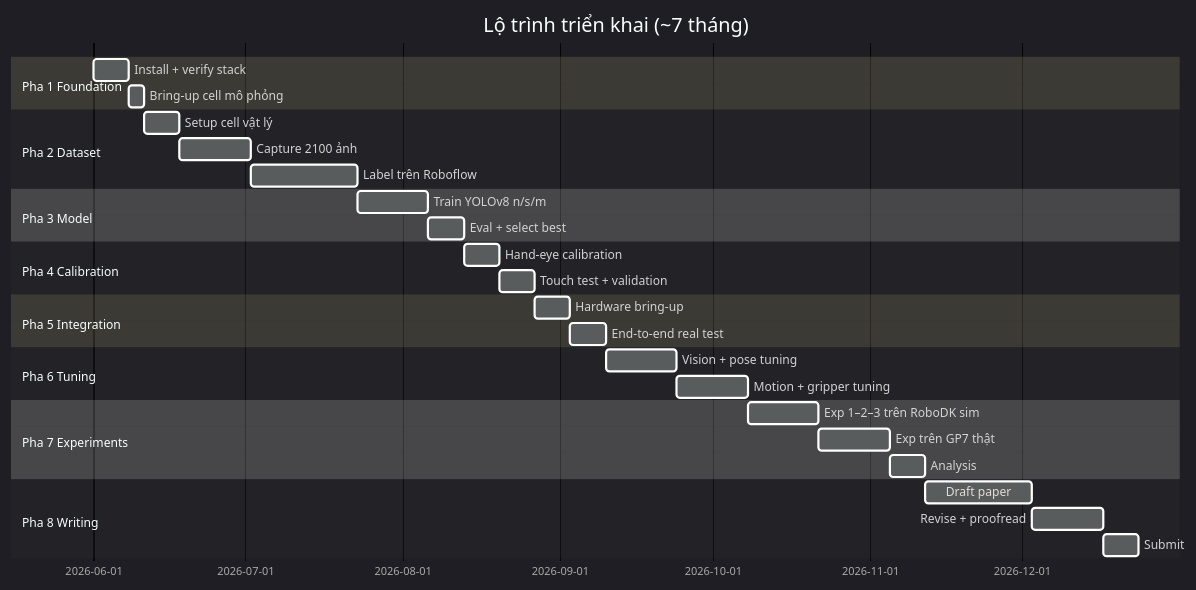
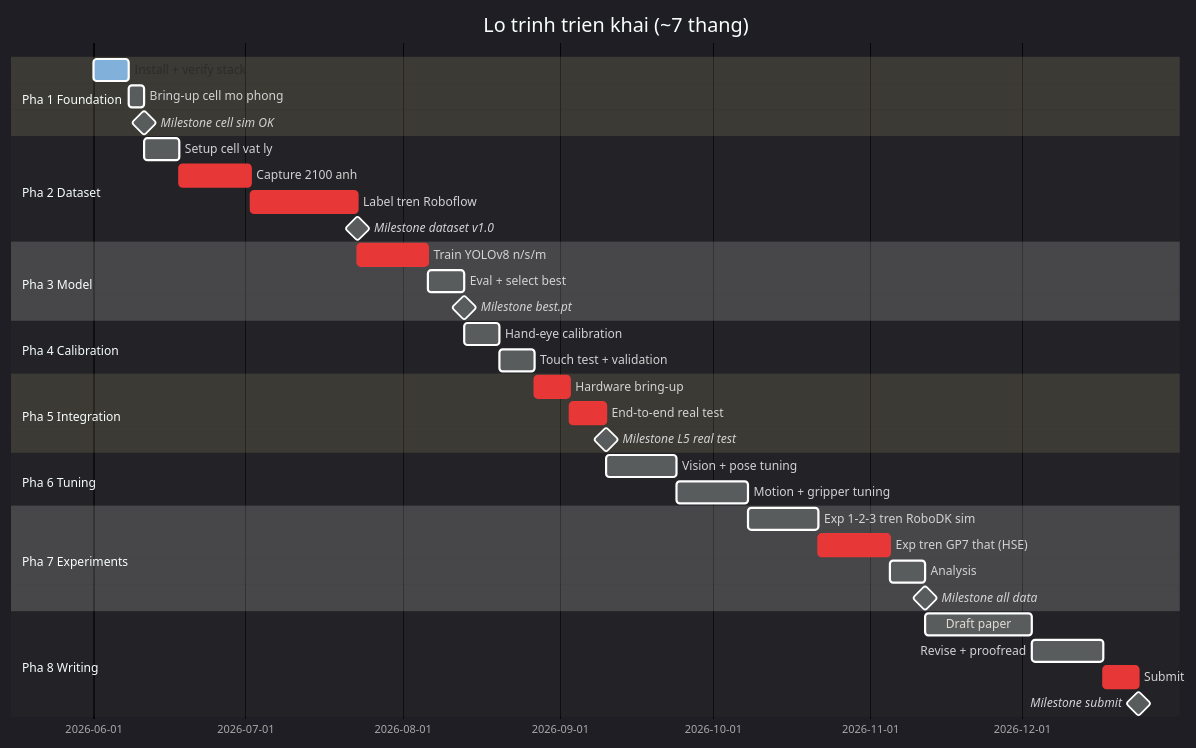
Before and after one commit to manhhv87/DTwinGP7: the tenth of 10 diagrams in docs/phat_bieu_bai_toan_v3_2_HD.md, drawn with Mermaid. The commit also changed other lines of this file, not shown here.

Commit message:
docs: them mau cho sequence diagram va gantt chart
- 10.2 sequenceDiagram: them 'box rgb(R,G,B)' group participants
  + color: Human nau, PC software xanh, Hardware cam
  + activation +/- de show lifeline
- 11 gantt: them class tags
  + 'crit' cho critical path (dataset, training, hardware bring-up, exp, submit)
  + 'active' cho task hien tai (install stack)
  + 'milestone' cho 6 moc delivery (cell sim OK, dataset v1.0, best.pt,
    L5 real test, all data, submit paper)

Cu phap 'box rgb(...)' yeu cau mermaid >= 9.4. GitHub render OK.

````diff
--- a/docs/phat_bieu_bai_toan_v3_2_HD.md
+++ b/docs/phat_bieu_bai_toan_v3_2_HD.md
@@ -922,41 +929,48 @@
 ```mermaid
 %%{init: {'theme':'dark'}}%%
 gantt
-    title Lộ trình triển khai (~7 tháng)
+    title Lo trinh trien khai (~7 thang)
     dateFormat YYYY-MM-DD
     todayMarker on
+
     section Pha 1 Foundation
-    Install + verify stack                 :p1a, 2026-06-01, 7d
-    Bring-up cell mô phỏng                  :p1b, after p1a, 3d
+    Install + verify stack                 :active, p1a, 2026-06-01, 7d
+    Bring-up cell mo phong                 :p1b, after p1a, 3d
+    Milestone cell sim OK                  :milestone, m1, after p1b, 0d
 
     section Pha 2 Dataset
-    Setup cell vật lý                      :p2a, after p1b, 7d
-    Capture 2100 ảnh                       :p2b, after p2a, 14d
-    Label trên Roboflow                    :p2c, after p2b, 21d
+    Setup cell vat ly                      :p2a, after p1b, 7d
+    Capture 2100 anh                       :crit, p2b, after p2a, 14d
+    Label tren Roboflow                    :crit, p2c, after p2b, 21d
+    Milestone dataset v1.0                 :milestone, m2, after p2c, 0d
 
     section Pha 3 Model
-    Train YOLOv8 n/s/m                     :p3a, after p2c, 14d
+    Train YOLOv8 n/s/m                     :crit, p3a, after p2c, 14d
     Eval + select best                     :p3b, after p3a, 7d
+    Milestone best.pt                      :milestone, m3, after p3b, 0d
 
     section Pha 4 Calibration
     Hand-eye calibration                   :p4a, after p3b, 7d
     Touch test + validation                :p4b, after p4a, 7d
 
     section Pha 5 Integration
-    Hardware bring-up                      :p5a, after p4b, 7d
-    End-to-end real test                   :p5b, after p5a, 7d
+    Hardware bring-up                      :crit, p5a, after p4b, 7d
+    End-to-end real test                   :crit, p5b, after p5a, 7d
+    Milestone L5 real test                 :milestone, m5, after p5b, 0d
 
     section Pha 6 Tuning
     Vision + pose tuning                   :p6a, after p5b, 14d
     Motion + gripper tuning                :p6b, after p6a, 14d
 
     section Pha 7 Experiments
-    Exp 1–2–3 trên RoboDK sim              :p7a, after p6b, 14d
-    Exp trên GP7 thật                      :p7b, after p7a, 14d
+    Exp 1-2-3 tren RoboDK sim              :p7a, after p6b, 14d
+    Exp tren GP7 that (HSE)                :crit, p7b, after p7a, 14d
     Analysis                               :p7c, after p7b, 7d
+    Milestone all data                     :milestone, m7, after p7c, 0d
 
     section Pha 8 Writing
     Draft paper                            :p8a, after p7c, 21d
     Revise + proofread                     :p8b, after p8a, 14d
-    Submit                                  :p8c, after p8b, 7d
+    Submit                                 :crit, p8c, after p8b, 7d
+    Milestone submit                       :milestone, m8, after p8c, 0d
 ```
````
